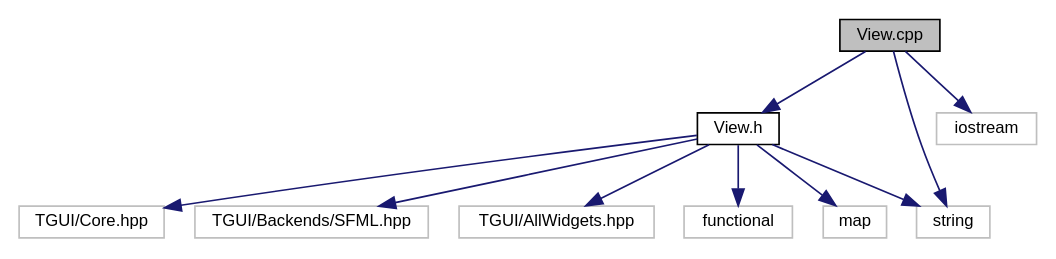
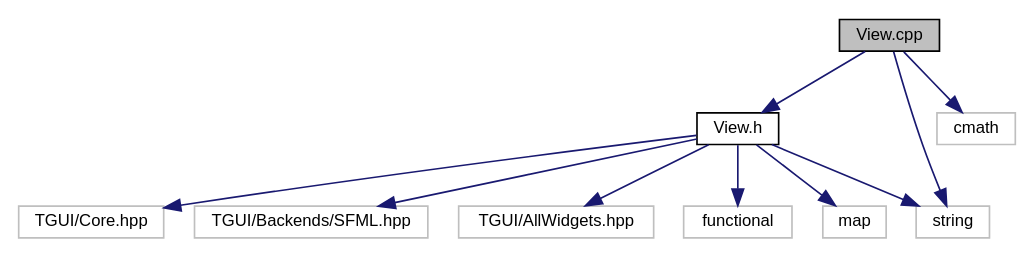
One commit to Simply-Ian/silentwater changed the diagram in Docs/_view_8cpp__incl.dot. Above: the diagram before and after it, drawn with Graphviz. The commit also changed 160 other files, not shown here.

```diff
--- a/Docs/_view_8cpp__incl.dot
+++ b/Docs/_view_8cpp__incl.dot
@@ -1,24 +1,24 @@
 digraph "View.cpp"
 {
  // LATEX_PDF_SIZE
   edge [fontname="Helvetica",fontsize="10",labelfontname="Helvetica",labelfontsize="10"];
   node [fontname="Helvetica",fontsize="10",shape=record];
   Node1 [label="View.cpp",height=0.2,width=0.4,color="black", fillcolor="grey75", style="filled", fontcolor="black",tooltip=" "];
   Node1 -> Node2 [color="midnightblue",fontsize="10",style="solid",fontname="Helvetica"];
   Node2 [label="View.h",height=0.2,width=0.4,color="black", fillcolor="white", style="filled",URL="$_view_8h.html",tooltip="Заголовочный файл, определяющий классы View и SWText."];
   Node2 -> Node3 [color="midnightblue",fontsize="10",style="solid",fontname="Helvetica"];
   Node3 [label="TGUI/Core.hpp",height=0.2,width=0.4,color="grey75", fillcolor="white", style="filled",tooltip=" "];
   Node2 -> Node4 [color="midnightblue",fontsize="10",style="solid",fontname="Helvetica"];
   Node4 [label="TGUI/Backends/SFML.hpp",height=0.2,width=0.4,color="grey75", fillcolor="white", style="filled",tooltip=" "];
   Node2 -> Node5 [color="midnightblue",fontsize="10",style="solid",fontname="Helvetica"];
   Node5 [label="TGUI/AllWidgets.hpp",height=0.2,width=0.4,color="grey75", fillcolor="white", style="filled",tooltip=" "];
   Node2 -> Node6 [color="midnightblue",fontsize="10",style="solid",fontname="Helvetica"];
   Node6 [label="functional",height=0.2,width=0.4,color="grey75", fillcolor="white", style="filled",tooltip=" "];
   Node2 -> Node7 [color="midnightblue",fontsize="10",style="solid",fontname="Helvetica"];
   Node7 [label="string",height=0.2,width=0.4,color="grey75", fillcolor="white", style="filled",tooltip=" "];
   Node2 -> Node8 [color="midnightblue",fontsize="10",style="solid",fontname="Helvetica"];
   Node8 [label="map",height=0.2,width=0.4,color="grey75", fillcolor="white", style="filled",tooltip=" "];
+  Node1 -> Node7 [color="midnightblue",fontsize="10",style="solid",fontname="Helvetica"];
   Node1 -> Node9 [color="midnightblue",fontsize="10",style="solid",fontname="Helvetica"];
-  Node9 [label="iostream",height=0.2,width=0.4,color="grey75", fillcolor="white", style="filled",tooltip=" "];
-  Node1 -> Node7 [color="midnightblue",fontsize="10",style="solid",fontname="Helvetica"];
+  Node9 [label="cmath",height=0.2,width=0.4,color="grey75", fillcolor="white", style="filled",tooltip=" "];
 }
```
